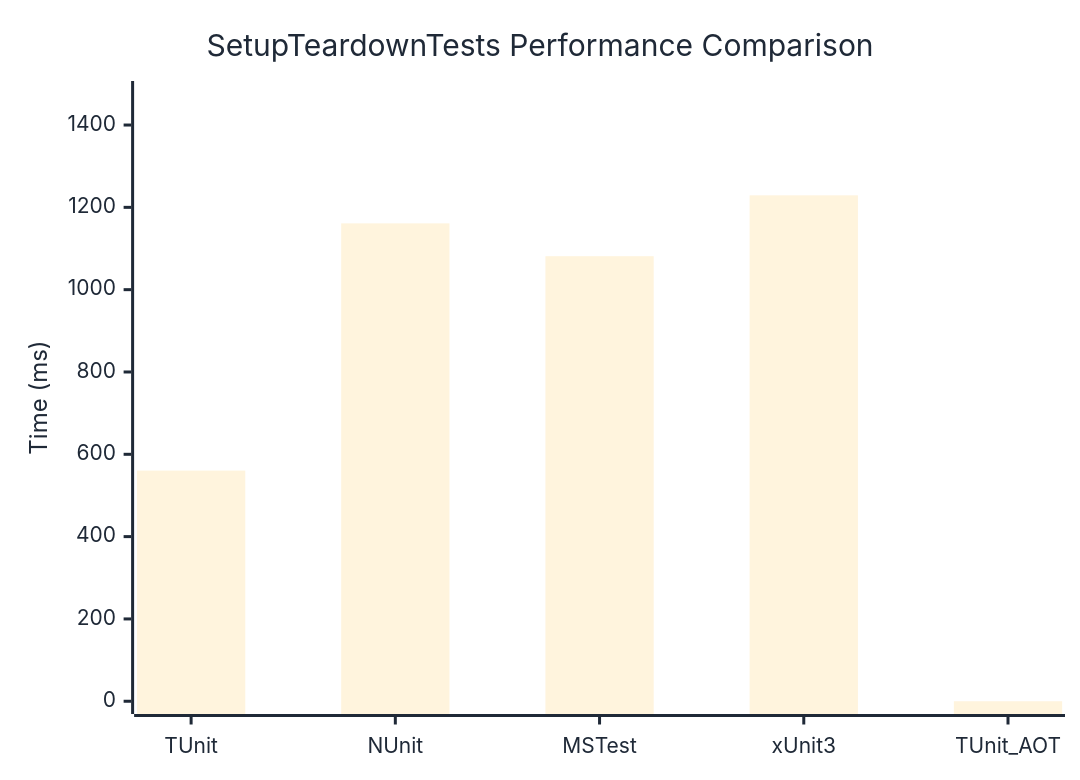
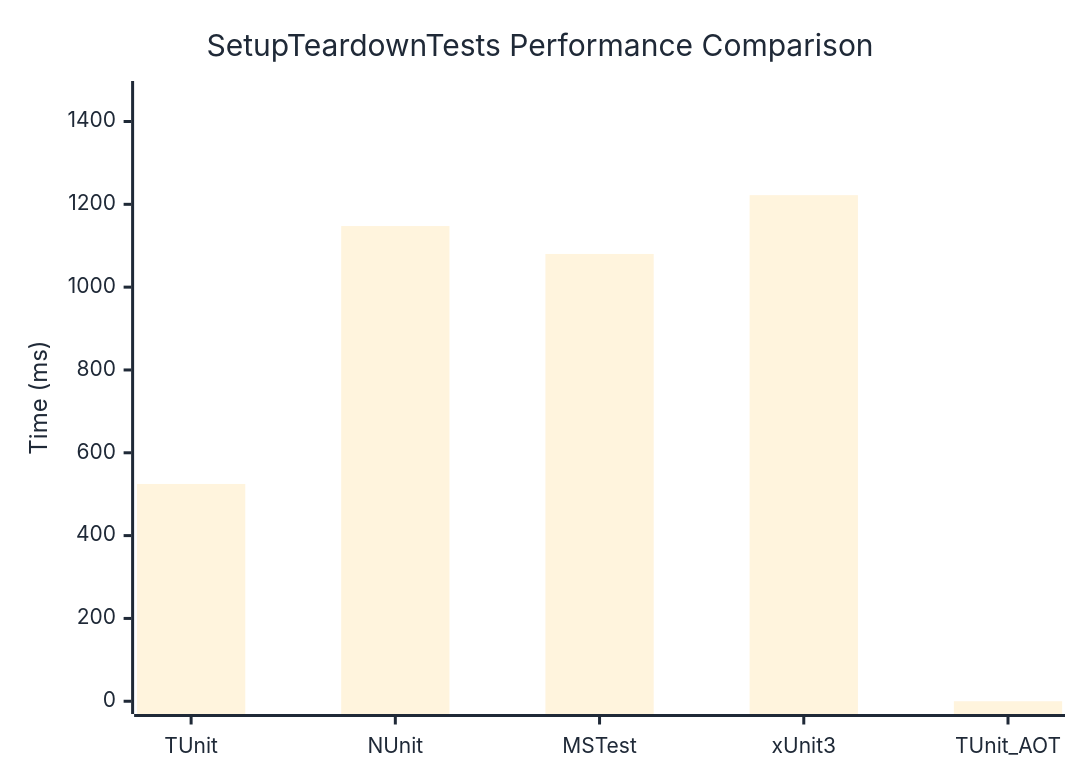
The diagram in docs/docs/benchmarks/SetupTeardownTests.md (thomhurst/TUnit), drawn with Mermaid before and after one commit. The commit also changed other lines of this file and 17 other files, not shown here.

````diff
--- a/docs/docs/benchmarks/SetupTeardownTests.md
+++ b/docs/docs/benchmarks/SetupTeardownTests.md
@@ -27,37 +27,37 @@
 ```mermaid
 %%{init: {
   'theme':'base',
   'themeVariables': {
     'primaryColor': '#2563eb',
     'primaryTextColor': '#1f2937',
     'primaryBorderColor': '#1e40af',
     'lineColor': '#6b7280',
     'secondaryColor': '#7c3aed',
     'tertiaryColor': '#dc2626',
     'background': '#ffffff',
     'mainBkg': '#2563eb',
     'secondBkg': '#7c3aed',
     'tertiaryBkg': '#dc2626',
     'clusterBkg': '#f3f4f6',
     'edgeLabelBackground': '#ffffff',
     'tertiaryTextColor': '#1f2937',
     'pie1': '#2563eb',
     'pie2': '#7c3aed',
     'pie3': '#dc2626',
     'pie4': '#f59e0b',
     'pie5': '#10b981',
     'pie6': '#06b6d4',
     'pie7': '#ec4899',
     'pie8': '#6366f1',
     'pie9': '#84cc16',
     'pie10': '#f97316',
     'pie11': '#14b8a6',
     'pie12': '#a855f7'
   }
 }}%%
 xychart-beta
   title "SetupTeardownTests Performance Comparison"
   x-axis ["TUnit", "NUnit", "MSTest", "xUnit3", "TUnit_AOT"]
-  y-axis "Time (ms)" 0 --> 1476
-  bar [560.4, 1161.1, 1081.3, 1229.2, 0]
+  y-axis "Time (ms)" 0 --> 1467
+  bar [524.7, 1147.5, 1080.1, 1222.1, 0]
 ```
````
